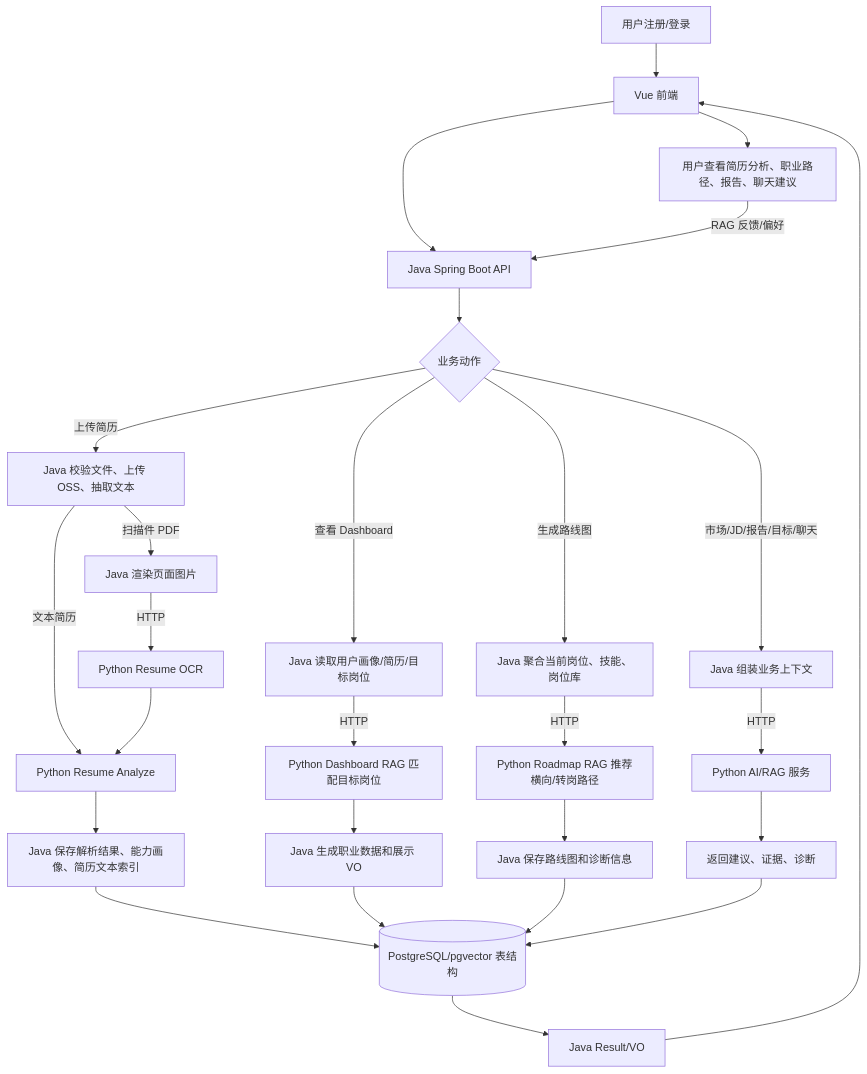
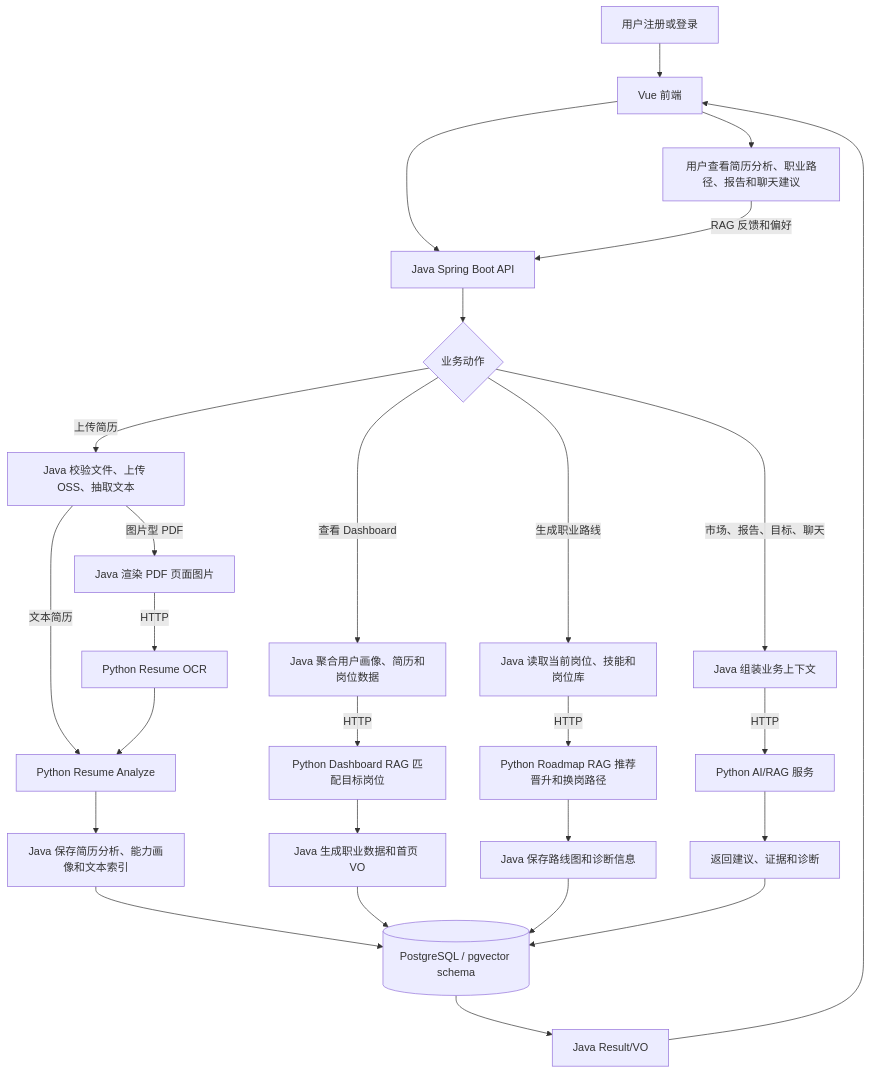
The diagram in docs/business-flow.mmd (sheng143998/AI-University-Student-Career-Planning), drawn with Mermaid before and after one commit. The commit also changed 23 other files, not shown here.

```diff
--- a/docs/business-flow.mmd
+++ b/docs/business-flow.mmd
@@ -1,32 +1,32 @@
 flowchart TD
-    A[用户注册/登录] --> B[Vue 前端]
+    A[用户注册或登录] --> B[Vue 前端]
     B --> C[Java Spring Boot API]
     C --> D{业务动作}
 
     D -->|上传简历| E[Java 校验文件、上传 OSS、抽取文本]
-    E -->|扫描件 PDF| F[Java 渲染页面图片]
+    E -->|图片型 PDF| F[Java 渲染 PDF 页面图片]
     F -->|HTTP| G[Python Resume OCR]
     E -->|文本简历| H[Python Resume Analyze]
     G --> H
-    H --> I[Java 保存解析结果、能力画像、简历文本索引]
+    H --> I[Java 保存简历分析、能力画像和文本索引]
 
-    D -->|查看 Dashboard| J[Java 读取用户画像/简历/目标岗位]
+    D -->|查看 Dashboard| J[Java 聚合用户画像、简历和岗位数据]
     J -->|HTTP| K[Python Dashboard RAG 匹配目标岗位]
-    K --> L[Java 生成职业数据和展示 VO]
+    K --> L[Java 生成职业数据和首页 VO]
 
-    D -->|生成路线图| M[Java 聚合当前岗位、技能、岗位库]
-    M -->|HTTP| N[Python Roadmap RAG 推荐横向/转岗路径]
+    D -->|生成职业路线| M[Java 读取当前岗位、技能和岗位库]
+    M -->|HTTP| N[Python Roadmap RAG 推荐晋升和换岗路径]
     N --> O[Java 保存路线图和诊断信息]
 
-    D -->|市场/JD/报告/目标/聊天| P[Java 组装业务上下文]
+    D -->|市场、报告、目标、聊天| P[Java 组装业务上下文]
     P -->|HTTP| Q[Python AI/RAG 服务]
-    Q --> R[返回建议、证据、诊断]
+    Q --> R[返回建议、证据和诊断]
 
-    I --> S[(PostgreSQL/pgvector 表结构)]
+    I --> S[(PostgreSQL / pgvector schema)]
     L --> S
     O --> S
     R --> S
     S --> T[Java Result/VO]
     T --> B
-    B --> U[用户查看简历分析、职业路径、报告、聊天建议]
-    U -->|RAG 反馈/偏好| C
+    B --> U[用户查看简历分析、职业路径、报告和聊天建议]
+    U -->|RAG 反馈和偏好| C
```
